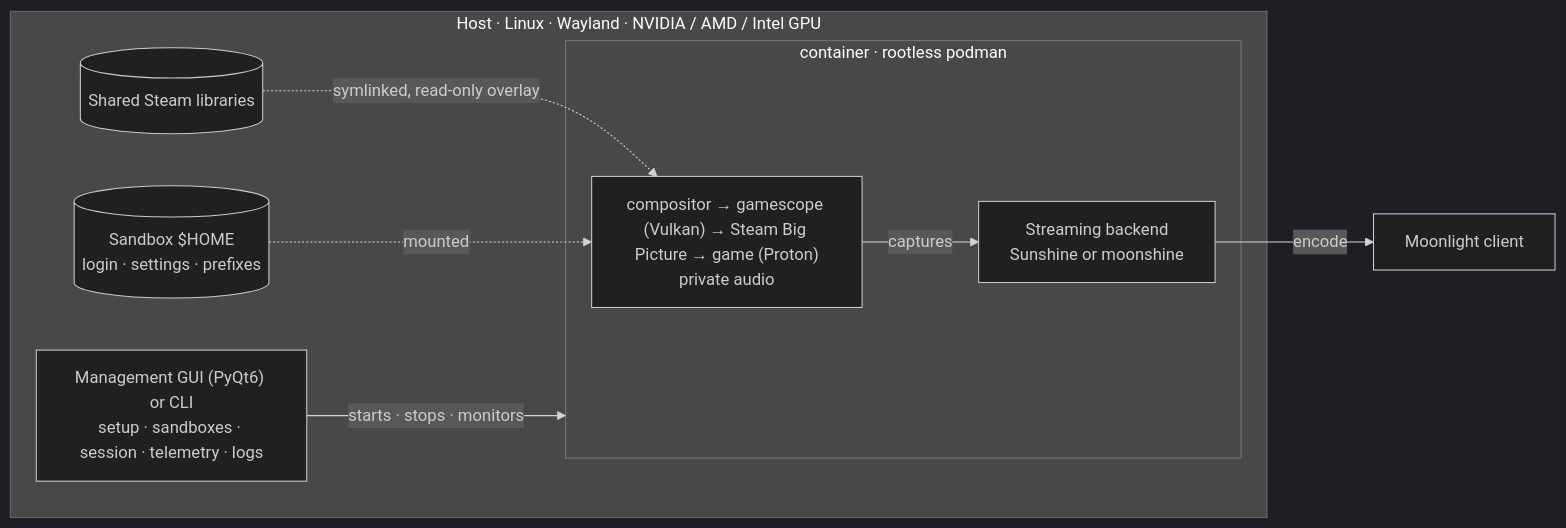
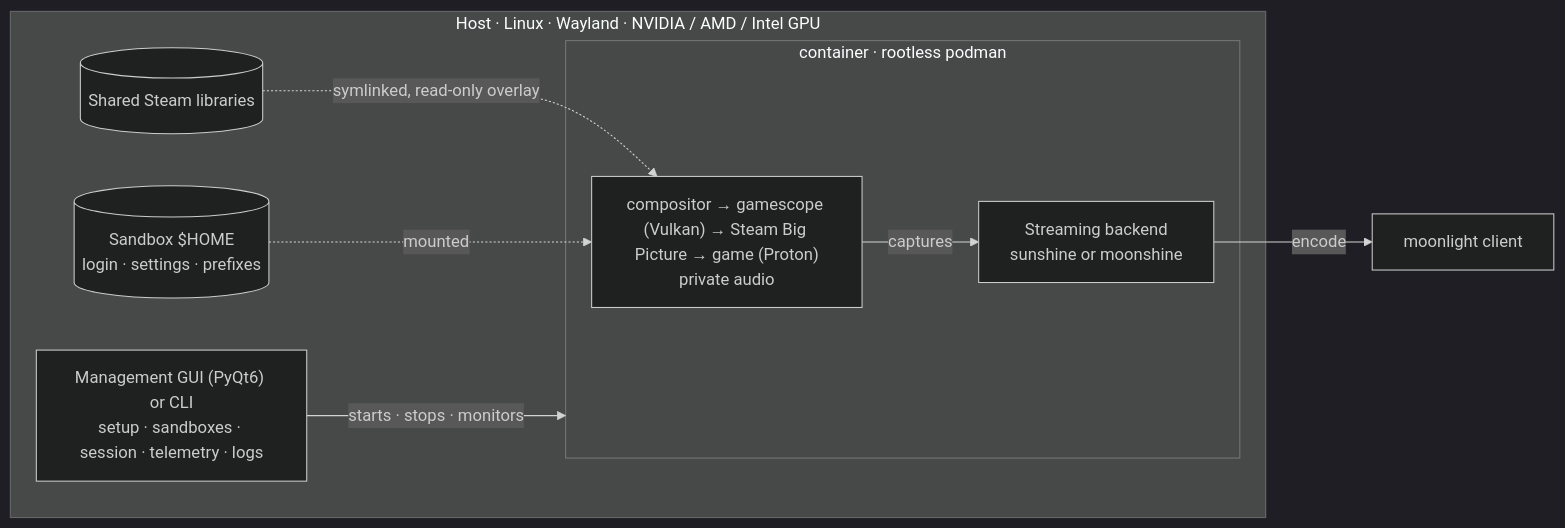
Before and after one commit to slooock-dev/podstage: the first of 2 diagrams in README.md, drawn with Mermaid (dark theme). The commit also changed other lines of this file and 36 other files, not shown here.

````diff
--- a/README.md
+++ b/README.md
@@ -70,17 +70,17 @@
 ```mermaid
 flowchart LR
     subgraph host["Host · Linux · Wayland · NVIDIA / AMD / Intel GPU"]
         gui["Management GUI (PyQt6) or CLI<br/>setup · sandboxes · session · telemetry · logs"]
         libs[("Shared Steam libraries")]
         home[("Sandbox $HOME<br/>login · settings · prefixes")]
         subgraph container["container · rootless podman"]
             pipeline["compositor → gamescope (Vulkan) → Steam Big Picture → game (Proton)<br/>private audio"]
-            backend["Streaming backend<br/>Sunshine or moonshine"]
+            backend["Streaming backend<br/>sunshine or moonshine"]
             pipeline -->|captures| backend
         end
         gui -->|starts · stops · monitors| container
         libs -.->|symlinked, read-only overlay| pipeline
         home -.->|mounted| pipeline
     end
-    backend -->|encode| moonlight["Moonlight client"]
+    backend -->|encode| moonlight["moonlight client"]
 ```
````
